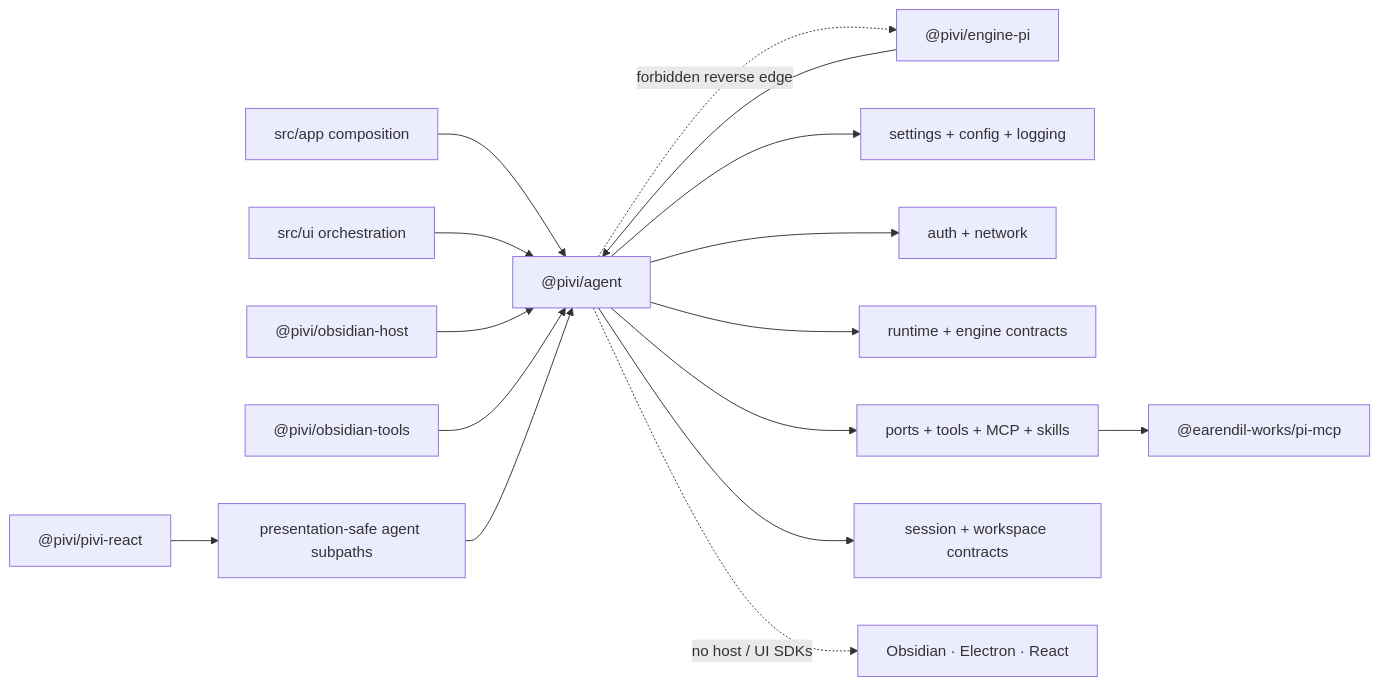
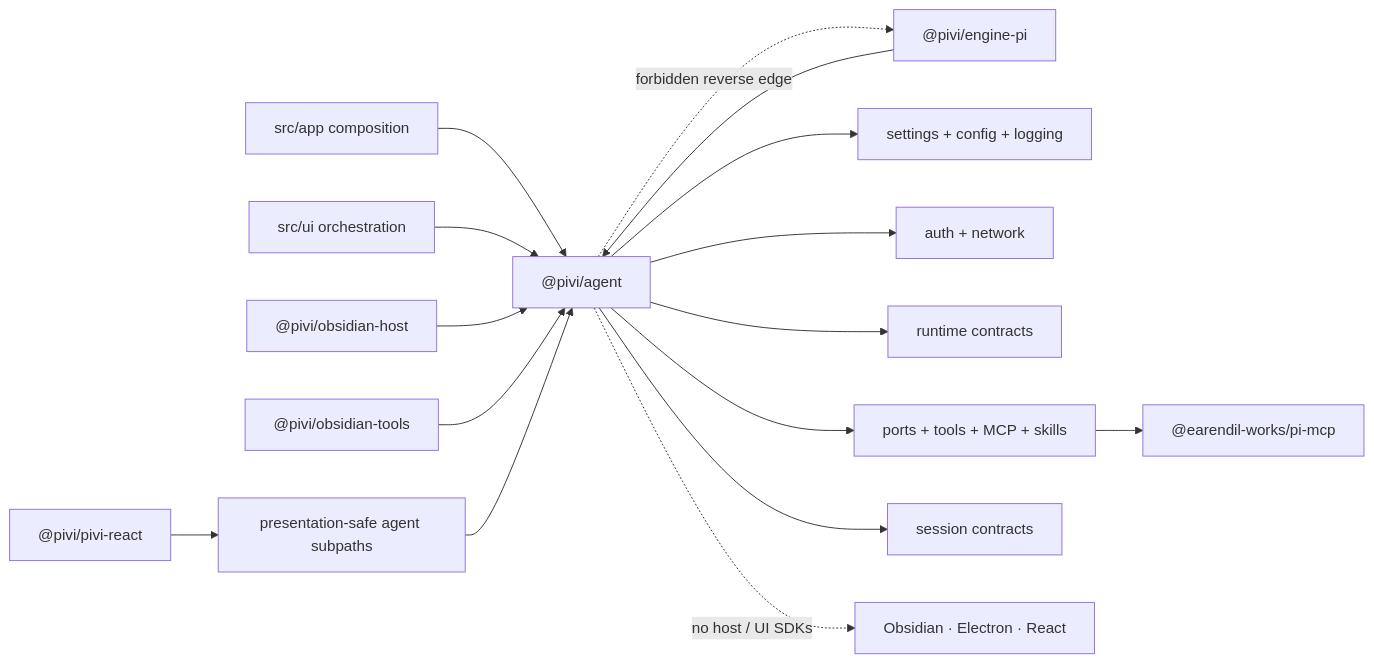
One commit to shuuul/obsidian-pivi changed the diagram in packages/agent/AGENTS.md. Above: the diagram before and after it, drawn with Mermaid. The commit also changed other lines of this file and 328 other files, not shown here.

````diff
--- a/packages/agent/AGENTS.md
+++ b/packages/agent/AGENTS.md
@@ -11,18 +13,18 @@
 ```mermaid
 flowchart LR
   App["src/app composition"] --> Agent["@pivi/agent"]
   UI["src/ui orchestration"] --> Agent
   Engine["@pivi/engine-pi"] --> Agent
   Host["@pivi/obsidian-host"] --> Agent
   Tools["@pivi/obsidian-tools"] --> Agent
   ReactUI["@pivi/pivi-react"] --> Safe["presentation-safe agent subpaths"]
   Safe --> Agent
   Agent --> Configuration["settings + config + logging"]
   Agent --> Connectivity["auth + network"]
-  Agent --> Runtime["runtime + engine contracts"]
+  Agent --> Runtime["runtime contracts"]
   Agent --> Capabilities["ports + tools + MCP + skills"]
   Capabilities --> McpClient["@earendil-works/pi-mcp"]
-  Agent --> Persistence["session + workspace contracts"]
+  Agent --> Persistence["session contracts"]
   Agent -. "forbidden reverse edge" .-> Engine
   Agent -. "no host / UI SDKs" .-> HostSDK["Obsidian · Electron · React"]
 ```
````
